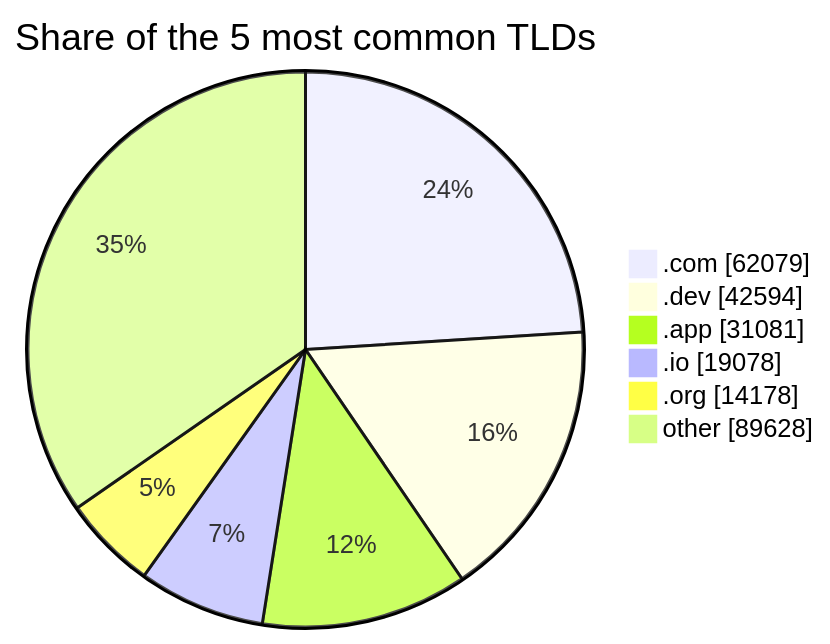
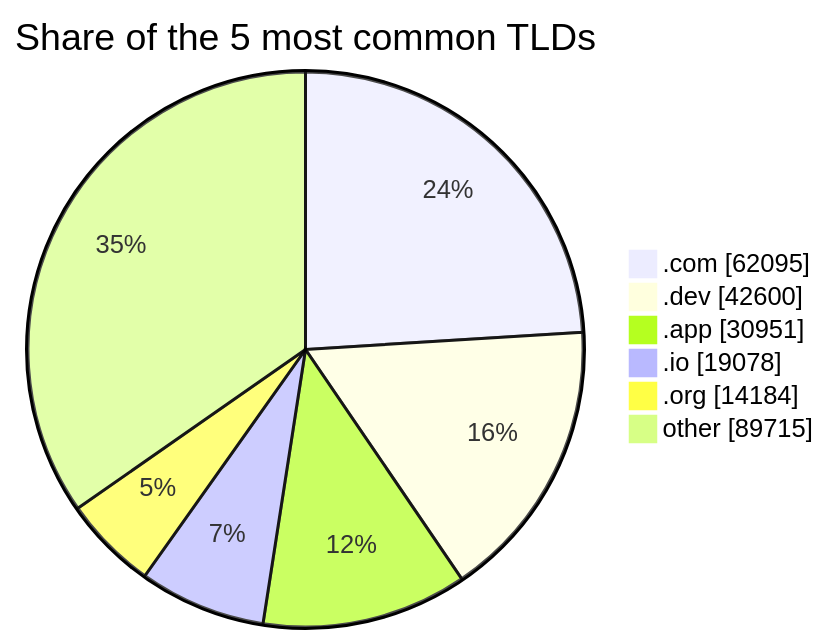
Before and after one commit to DNSBunker/CTI: the second of 2 diagrams in README.md, drawn with Mermaid. The commit also changed other lines of this file and 3 other files, not shown here.

````diff
--- a/README.md
+++ b/README.md
@@ -72,9 +72,9 @@
 ```mermaid
 pie showData title Share of the 5 most common TLDs
-    ".com" : 62079
-    ".dev" : 42594
-    ".app" : 31081
+    ".com" : 62095
+    ".dev" : 42600
+    ".app" : 30951
     ".io" : 19078
-    ".org" : 14178
-    "other" : 89628
+    ".org" : 14184
+    "other" : 89715
 ```
````
